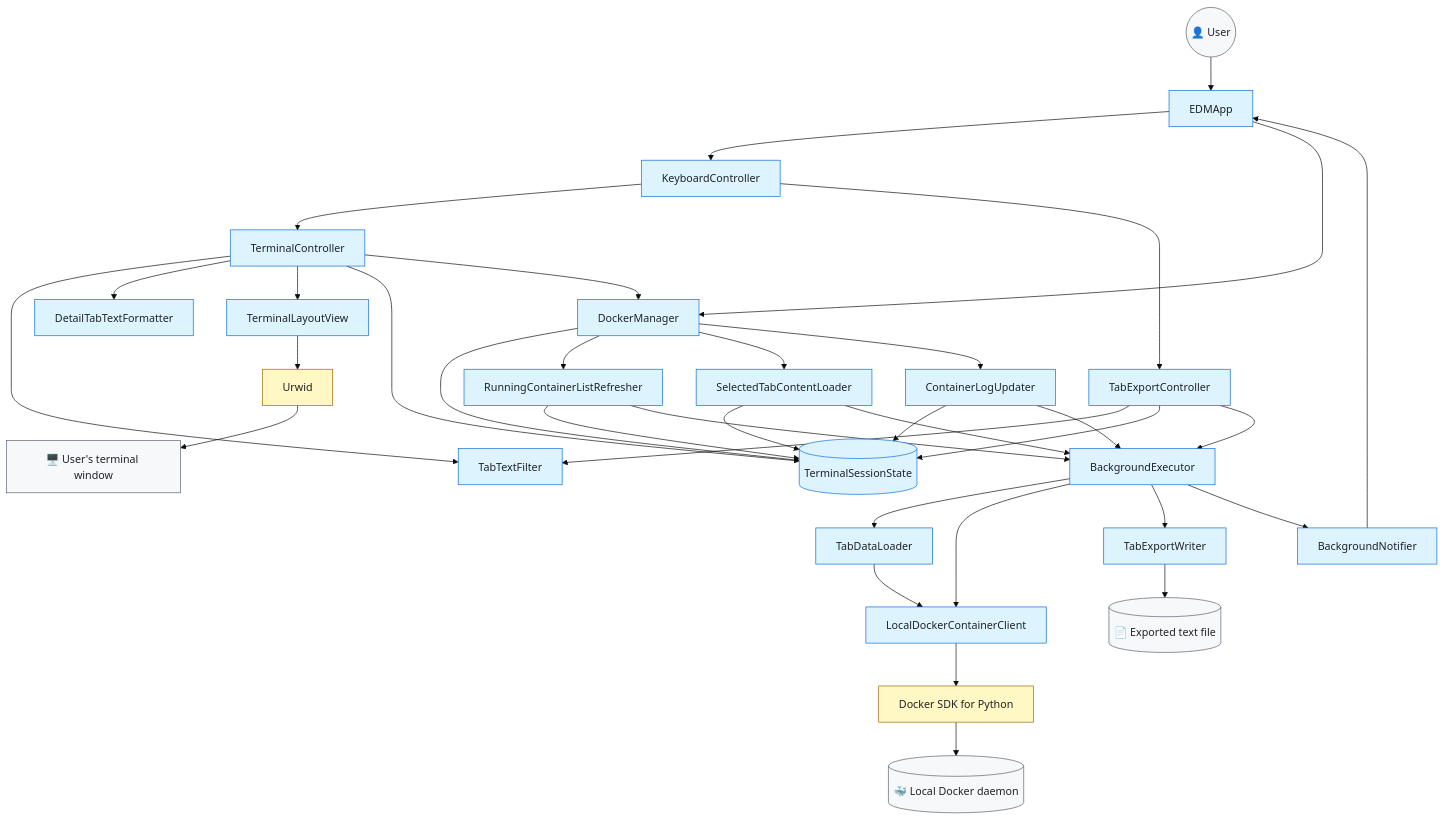
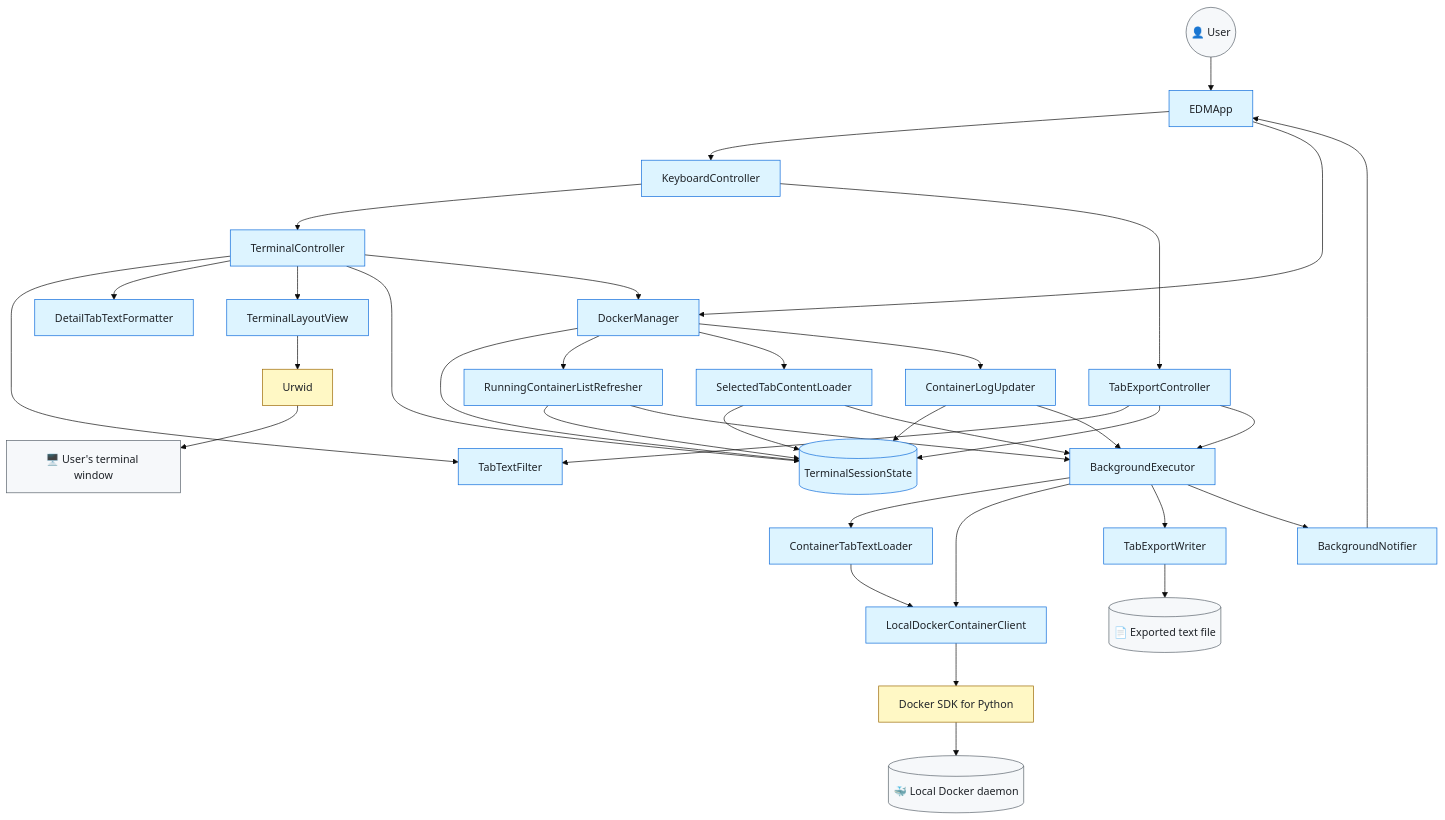
One commit to arabnejad/edm changed the first of 5 diagrams in DEVELOPMENT_GUIDE.md. Above: the diagram before and after it, drawn with Mermaid (base theme). The commit also changed other lines of this file and 53 other files, not shown here.

````diff
--- a/DEVELOPMENT_GUIDE.md
+++ b/DEVELOPMENT_GUIDE.md
@@ -88,65 +88,65 @@
 ```mermaid
 flowchart TD
     User(("👤 User"))
     App[EDMApp]
     Keyboard[KeyboardController]
     UI[TerminalController]
     ExportController[TabExportController]
     State[(TerminalSessionState)]
     DockerManager[DockerManager]
     ContainerRefresh[RunningContainerListRefresher]
     TabLoad[SelectedTabContentLoader]
     LogUpdates[ContainerLogUpdater]
     Executor[BackgroundExecutor]
     Notifier[BackgroundNotifier]
-    Loader[TabDataLoader]
+    Loader[ContainerTabTextLoader]
     Client[LocalDockerContainerClient]
     DockerSDK[Docker SDK for Python]
     Docker[(🐳 Local Docker daemon)]
     Filter[TabTextFilter]
     Formatter[DetailTabTextFormatter]
     Exporter[TabExportWriter]
     File[(📄 Exported text file)]
     View[TerminalLayoutView]
     Urwid[Urwid]
     Terminal[🖥️ User's terminal window]
 
     User --> App --> Keyboard
     Keyboard --> UI
     Keyboard --> ExportController
 
     UI --> Filter
     UI --> Formatter
     UI --> View --> Urwid --> Terminal
     UI --> State
     ExportController --> Filter
     ExportController --> State
     ExportController --> Executor
 
     App --> DockerManager
     UI --> DockerManager
     DockerManager --> State
     DockerManager --> ContainerRefresh
     DockerManager --> TabLoad
     DockerManager --> LogUpdates
     ContainerRefresh --> State
     ContainerRefresh --> Executor
     TabLoad --> State
     TabLoad --> Executor
     LogUpdates --> State
     LogUpdates --> Executor
     Executor --> Loader --> Client
     Executor --> Client
     Executor --> Exporter --> File
     Client --> DockerSDK --> Docker
 
     Executor --> Notifier --> App
 
     classDef edm fill:#ddf4ff,stroke:#0969da,color:#1f2328
     classDef thirdParty fill:#fff8c5,stroke:#9a6700,color:#1f2328
     classDef external fill:#f6f8fa,stroke:#57606a,color:#1f2328
 
     class App,Keyboard,UI,ExportController,State,DockerManager,ContainerRefresh,TabLoad,LogUpdates,Executor,Notifier,Loader,Client,Filter,Formatter,Exporter,View edm
     class DockerSDK,Urwid thirdParty
     class User,Docker,Terminal,File external
 ```
````
